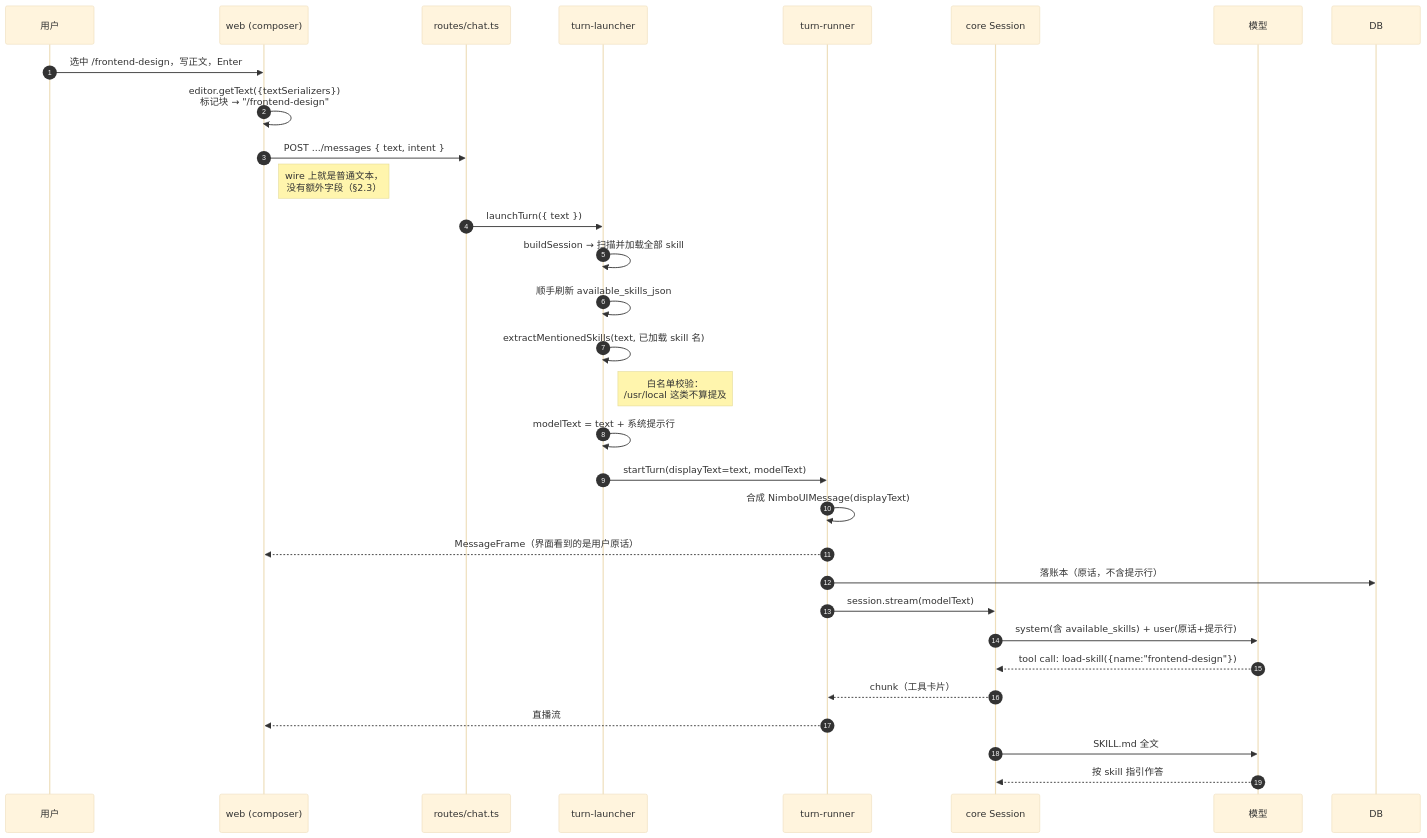
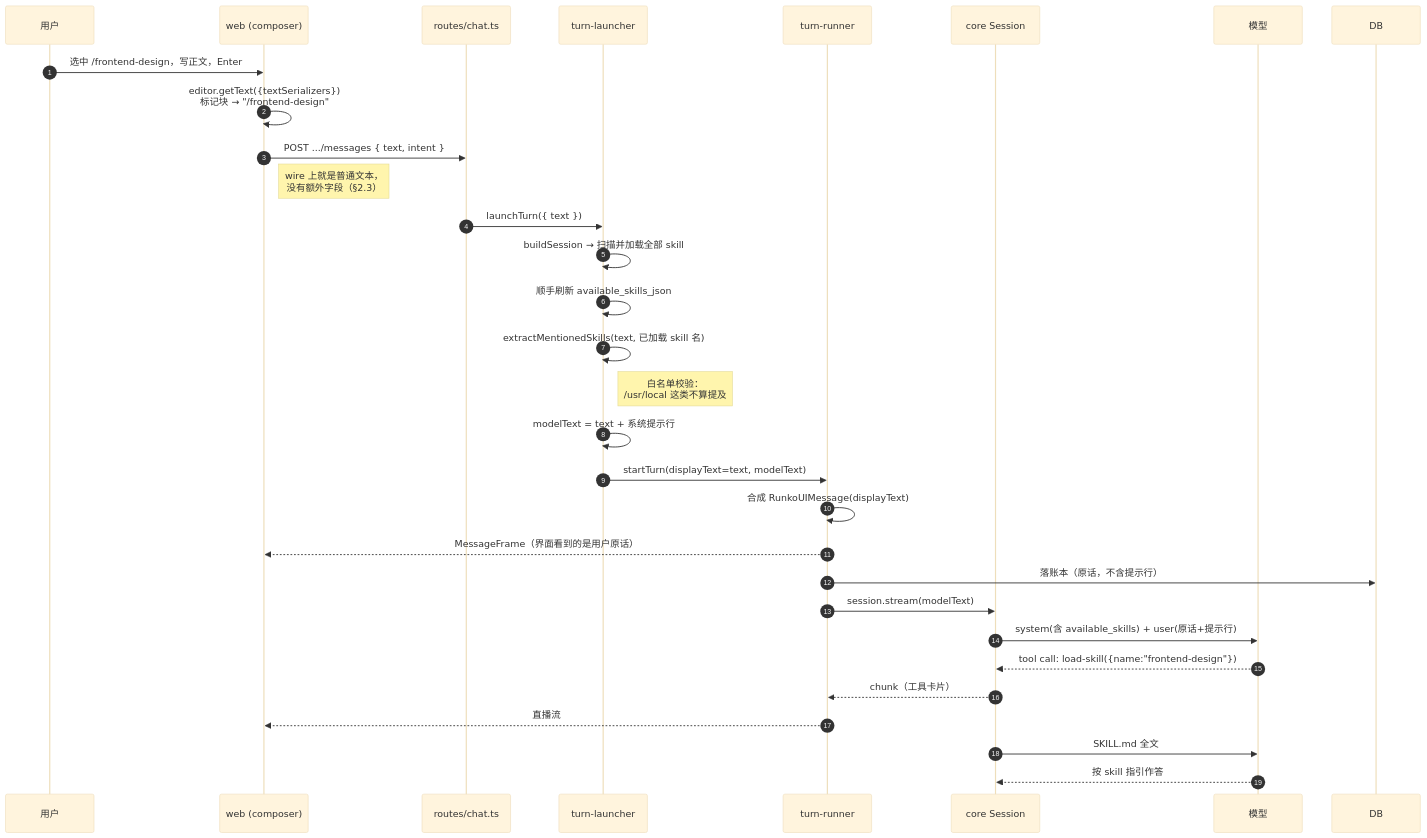
One commit to ludafa/runko changed the third of 3 diagrams in docs/ingress/tech/composer-skill-mention.md. Above: the diagram before and after it, drawn with Mermaid (base theme). The commit also changed other lines of this file and 450 other files, not shown here.

First line of the commit message:
refactor: 全仓库改名 nimbo → runko，库表名改用 agent_ 前缀

````diff
--- a/docs/ingress/tech/composer-skill-mention.md
+++ b/docs/ingress/tech/composer-skill-mention.md
@@ -168,36 +168,36 @@
 ```mermaid
 sequenceDiagram
     autonumber
     participant U as 用户
     participant W as web (composer)
     participant R as routes/chat.ts
     participant L as turn-launcher
     participant T as turn-runner
     participant S as core Session
     participant M as 模型
 
     U->>W: 选中 /frontend-design，写正文，Enter
     W->>W: editor.getText({textSerializers})<br/>标记块 → "/frontend-design"
     W->>R: POST .../messages { text, intent }
     Note right of W: wire 上就是普通文本，<br/>没有额外字段（§2.3）
 
     R->>L: launchTurn({ text })
     L->>L: buildSession → 扫描并加载全部 skill
     L->>L: 顺手刷新 available_skills_json
     L->>L: extractMentionedSkills(text, 已加载 skill 名)
     Note right of L: 白名单校验：<br/>/usr/local 这类不算提及
     L->>L: modelText = text + 系统提示行
     L->>T: startTurn(displayText=text, modelText)
 
-    T->>T: 合成 NimboUIMessage(displayText)
+    T->>T: 合成 RunkoUIMessage(displayText)
     T-->>W: MessageFrame（界面看到的是用户原话）
     T->>DB: 落账本（原话，不含提示行）
 
     T->>S: session.stream(modelText)
     S->>M: system(含 available_skills) + user(原话+提示行)
     M-->>S: tool call: load-skill({name:"frontend-design"})
     S-->>T: chunk（工具卡片）
     T-->>W: 直播流
     S->>M: SKILL.md 全文
     M-->>S: 按 skill 指引作答
 ```
````
